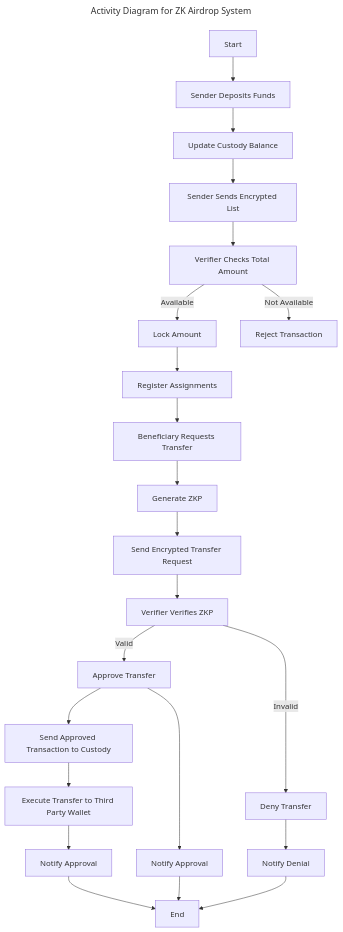
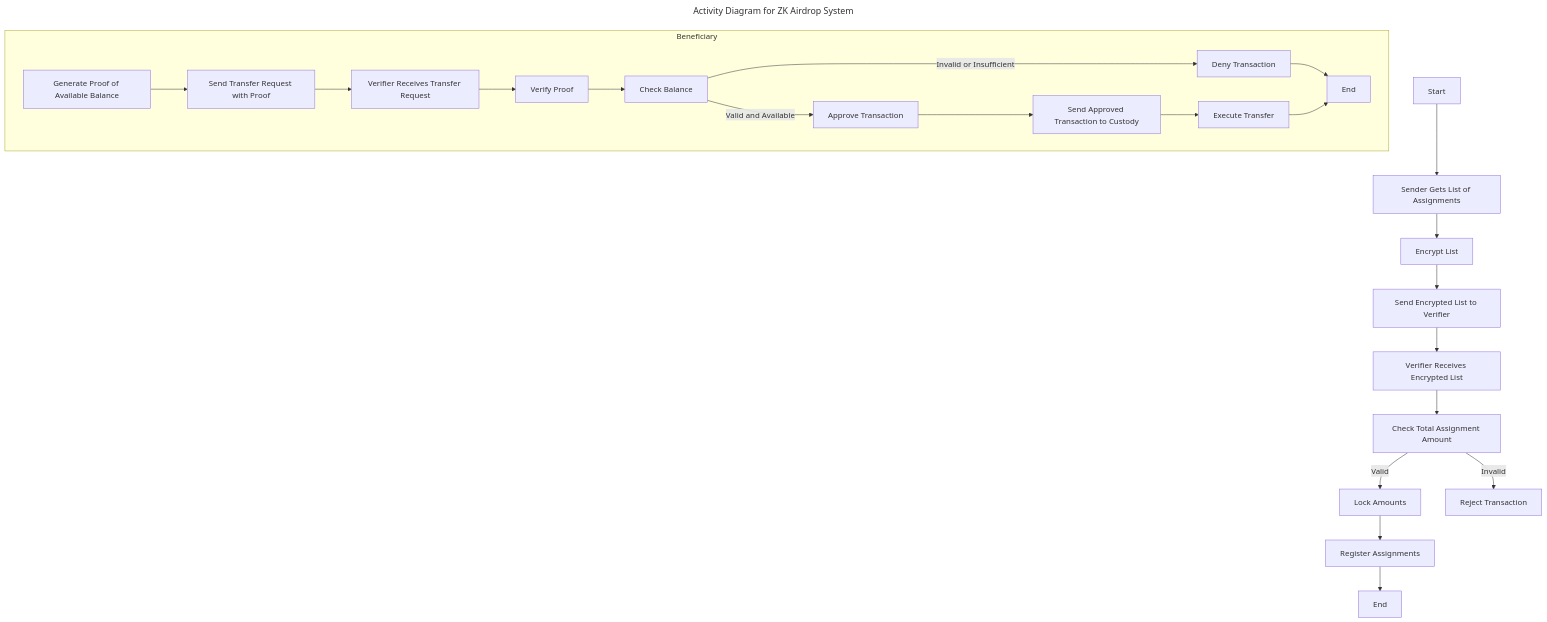
Before and after one commit to prodasl/core-program: the fourth of 4 diagrams in 2024/week3/zk_private_airdrop.md, drawn with Mermaid. The commit also changed other lines of this file, not shown here.

````diff
--- a/2024/week3/zk_private_airdrop.md
+++ b/2024/week3/zk_private_airdrop.md
@@ -129,27 +138,28 @@
 ```mermaid
 ---
 title: Activity Diagram for ZK Airdrop System
 ---
 flowchart TD
-    A[Start] --> B[Sender Deposits Funds]
-    B --> C[Update Custody Balance]
-    C --> D[Sender Sends Encrypted List]
-    D --> E[Verifier Checks Total Amount]
-    E -->|Available| F[Lock Amount]
-    F --> G[Register Assignments]
-    E -->|Not Available| H[Reject Transaction]
-    G --> I[Beneficiary Requests Transfer]
-    I --> J[Generate ZKP]
-    J --> K[Send Encrypted Transfer Request]
-    K --> L[Verifier Verifies ZKP]
-    L -->|Valid| M[Approve Transfer]
-    M --> N[Send Approved Transaction to Custody]
-    N --> O[Execute Transfer to Third Party Wallet]
-    L -->|Invalid| P[Deny Transfer]
-    M --> Q[Notify Approval]
-    P --> R[Notify Denial]
-    O --> S[Notify Approval]
-    S --> Z[End]
-    Q --> Z
-    R --> Z
+    A[Start] --> B[Sender Gets List of Assignments]
+    B --> C[Encrypt List]
+    C --> D[Send Encrypted List to Verifier]
+    D --> E[Verifier Receives Encrypted List]
+    E --> F[Check Total Assignment Amount]
+    F -->|Valid| G[Lock Amounts]
+    G --> H[Register Assignments]
+    F -->|Invalid| I[Reject Transaction]
+    H --> J[End]
+
+    subgraph Beneficiary
+        K[Generate Proof of Available Balance] --> L[Send Transfer Request with Proof]
+        L --> M[Verifier Receives Transfer Request]
+        M --> N[Verify Proof]
+        N --> O[Check Balance]
+        O -->|Valid and Available| P[Approve Transaction]
+        O -->|Invalid or Insufficient| Q[Deny Transaction]
+        P --> R[Send Approved Transaction to Custody]
+        Q --> S[End]
+        R --> T[Execute Transfer]
+        T --> S
+    end
 ```
````
